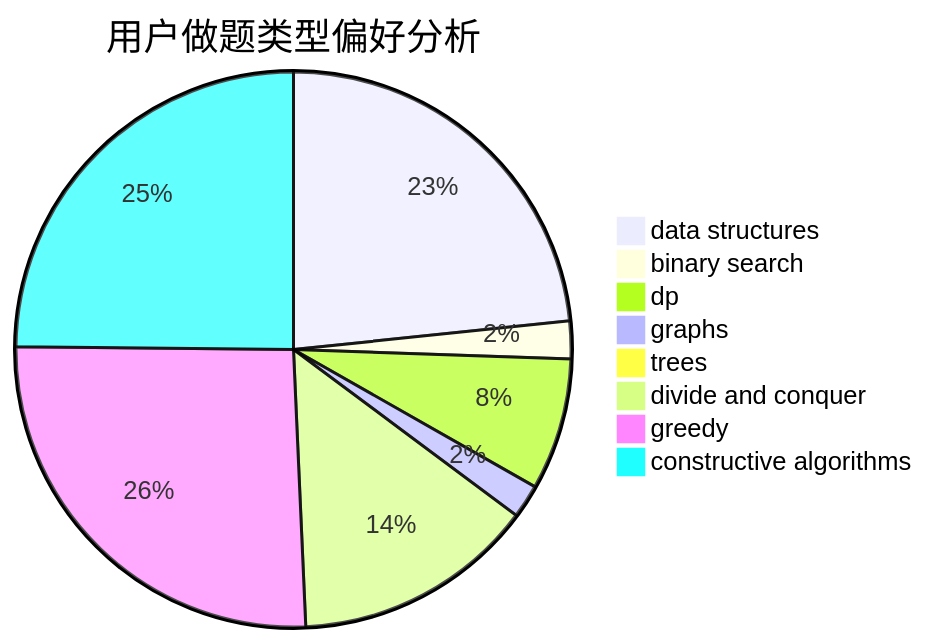
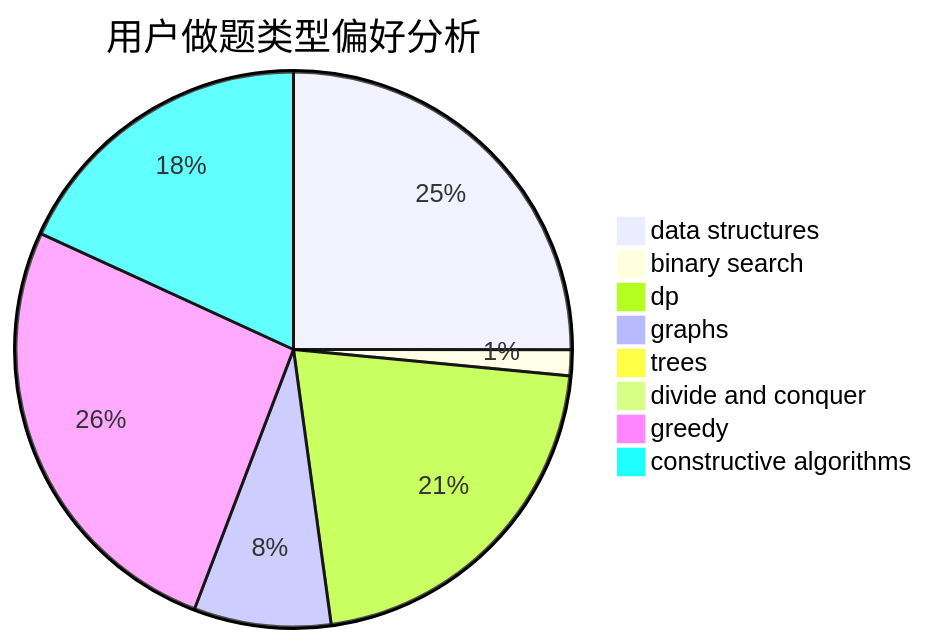
One commit to sherpahu/cfrs.github.io changed the second of 3 diagrams in docs/user/u27.md. Above: the diagram before and after it, drawn with Mermaid. The commit also changed other lines of this file and 2770 other files, not shown here.

````diff
--- a/docs/user/u27.md
+++ b/docs/user/u27.md
@@ -23,11 +23,11 @@
 ```mermaid
 pie title 用户做题类型偏好分析
-    "data structures" :  298
-    "binary search" :  28
-    "dp" :  98
-    "graphs" :  25
-    "trees" :  11
-    "divide and conquer" :  180
+    "data structures" :  317
+    "binary search" :  19
+    "dp" :  270
+    "graphs" :  101
+    "trees" :  8
+    "divide and conquer" :  0
     "greedy" :  330
-    "constructive algorithms" :  317
+    "constructive algorithms" :  230
 ```
````
